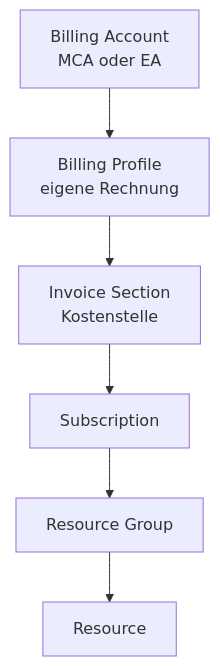
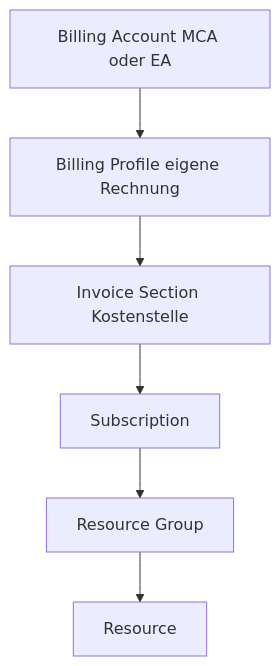
The first of 2 diagrams in Microsoft 365/Azure/Grundlagen/Azure Cost Management.md (SoniiiT/notes-n-docs), drawn with Mermaid before and after one commit. The commit also changed other lines of this file and 124 other files, not shown here.

First line of the commit message:
fix: Entferne \n aus allen Mermaid-Diagrammen (125 Dateien)

````diff
--- a/Microsoft 365/Azure/Grundlagen/Azure Cost Management.md
+++ b/Microsoft 365/Azure/Grundlagen/Azure Cost Management.md
@@ -37,8 +37,8 @@
 ```mermaid
 graph TD
-    BA[Billing Account\nMCA oder EA] --> BP[Billing Profile\neigene Rechnung]
-    BP --> IS[Invoice Section\nKostenstelle]
+    BA[Billing Account MCA oder EA] --> BP[Billing Profile eigene Rechnung]
+    BP --> IS[Invoice Section Kostenstelle]
     IS --> SUB[Subscription]
     SUB --> RG[Resource Group]
     RG --> RES[Resource]
 ```
````
